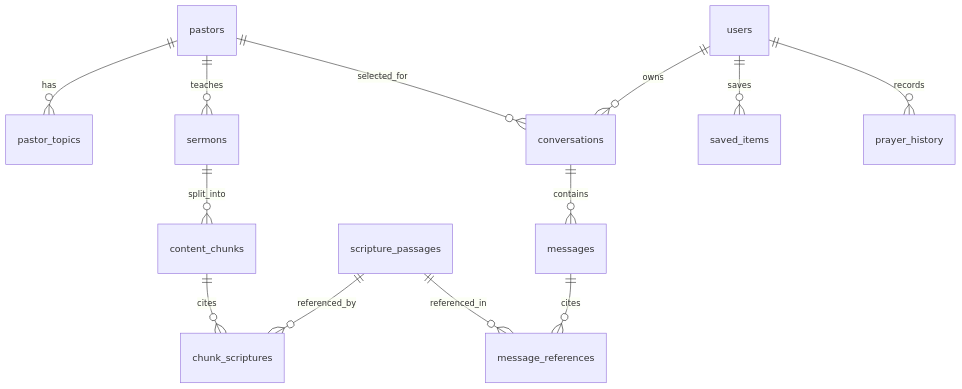
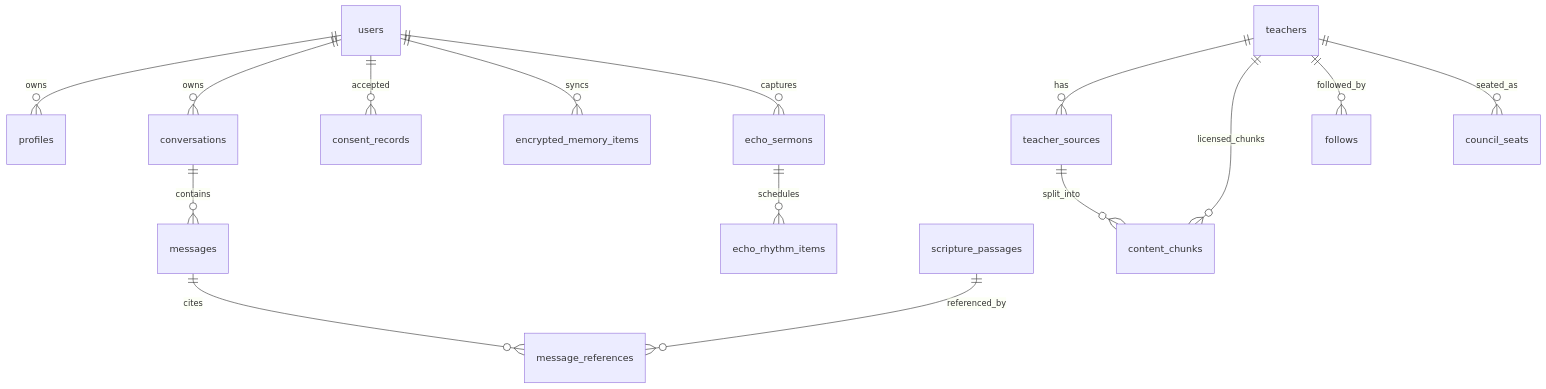
Before and after one commit to chimzyfire-ship-it/Sayved: the diagram in docs/02-database-design.md, drawn with Mermaid. The commit also changed other lines of this file and 7 other files, not shown here.

````diff
--- a/docs/02-database-design.md
+++ b/docs/02-database-design.md
@@ -20,15 +27,17 @@
 ```mermaid
 erDiagram
-    pastors ||--o{ pastor_topics : has
-    pastors ||--o{ sermons : teaches
-    sermons ||--o{ content_chunks : split_into
-    content_chunks ||--o{ chunk_scriptures : cites
-    scripture_passages ||--o{ chunk_scriptures : referenced_by
+    users ||--o{ profiles : owns
     users ||--o{ conversations : owns
-    pastors ||--o{ conversations : selected_for
     conversations ||--o{ messages : contains
     messages ||--o{ message_references : cites
-    scripture_passages ||--o{ message_references : referenced_in
-    users ||--o{ saved_items : saves
-    users ||--o{ prayer_history : records
+    teachers ||--o{ teacher_sources : has
+    teachers ||--o{ content_chunks : licensed_chunks
+    teachers ||--o{ follows : followed_by
+    teachers ||--o{ council_seats : seated_as
+    teacher_sources ||--o{ content_chunks : split_into
+    scripture_passages ||--o{ message_references : referenced_by
+    users ||--o{ consent_records : accepted
+    users ||--o{ encrypted_memory_items : syncs
+    users ||--o{ echo_sermons : captures
+    echo_sermons ||--o{ echo_rhythm_items : schedules
 ```
````
